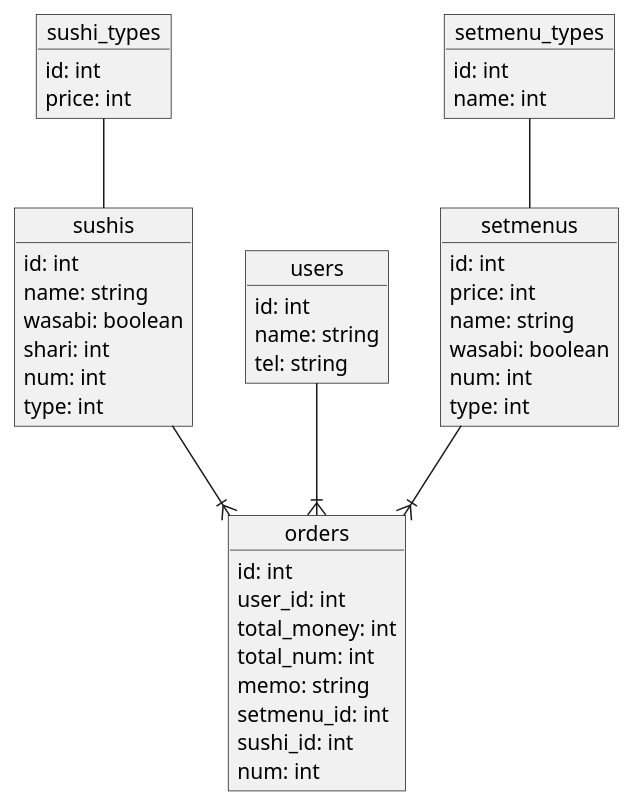
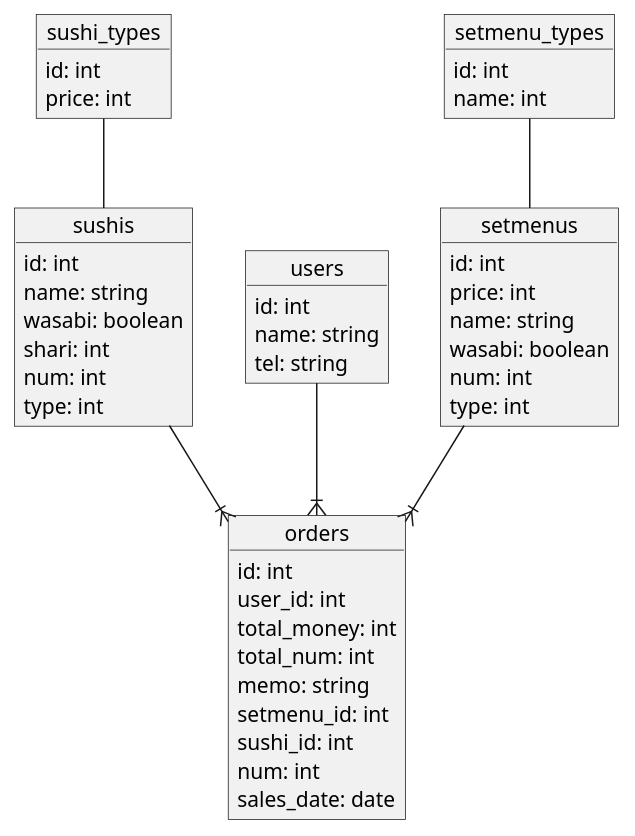
Before and after one commit to tasdsn/praha: the diagram in 01/db_modeling_2.puml, drawn with PlantUML.

Commit message:
fix:修正忘れ対応

```diff
--- a/01/db_modeling_2.puml
+++ b/01/db_modeling_2.puml
@@ -1,52 +1,53 @@
 @startuml
 'skinparam nodesep 100 // 水平方向の矢印の長さを調整
 
 object setmenus
 object sushis
 object users
 object orders
 object setmenu_types
 object sushi_types
 
 users : id: int
 users : name: string
 users : tel: string
 
 setmenus : id: int
 setmenus : price: int
 setmenus : name: string
 setmenus : wasabi: boolean
 setmenus : num: int
 setmenus : type: int
 
 sushis : id: int
 sushis : name: string
 sushis : wasabi: boolean
 sushis : shari: int
 sushis : num: int
 sushis : type: int
 
 orders : id: int
 orders : user_id: int
 orders : total_money: int
 orders : total_num: int
 orders : memo: string
 orders : setmenu_id: int
 orders : sushi_id: int
 orders : num: int
+orders : sales_date: date
 
 sushi_types : id: int
 sushi_types : price: int
 
 setmenu_types : id: int
 setmenu_types : name: int
 
 users    --|{ orders
 setmenus --|{ orders
 sushis   --|{ orders
 setmenu_types -- setmenus
 sushi_types -- sushis
 
 'sushisテーブルにshariカラム追加
-'order_detailsテーブルにsales_dateカラム追加
+'ordersテーブルにsales_dateカラム追加
 @enduml
```
